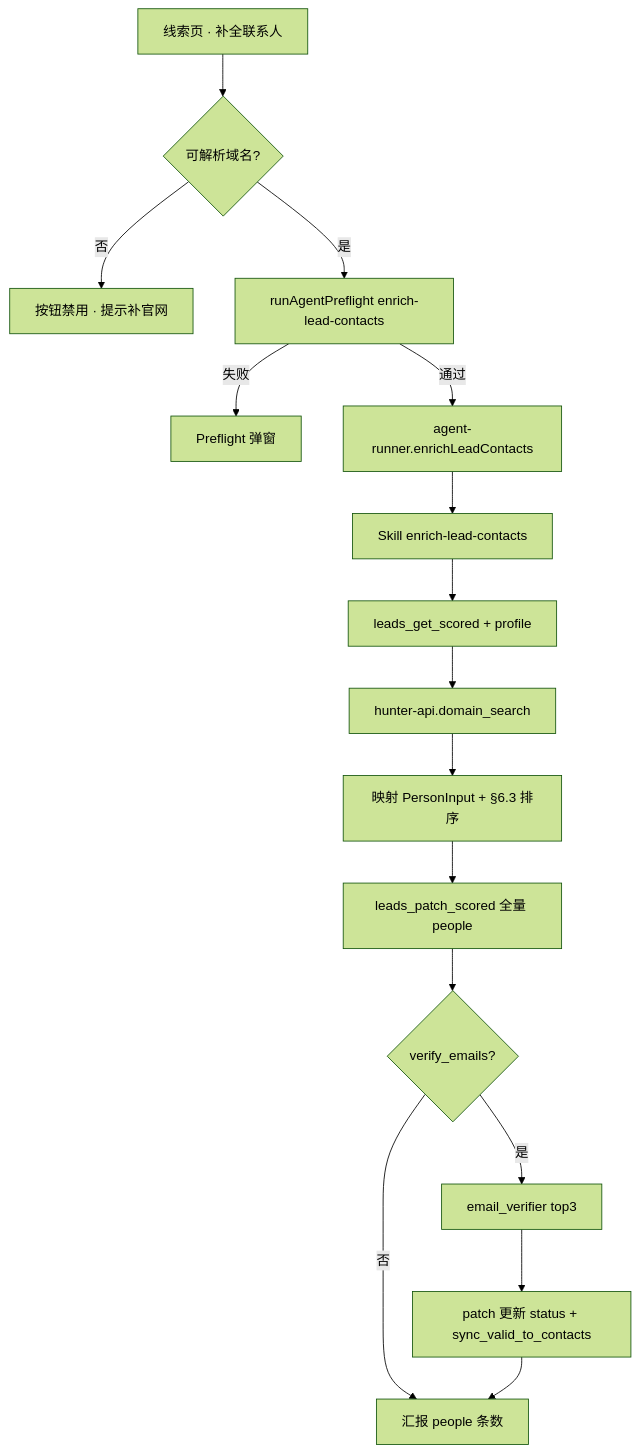
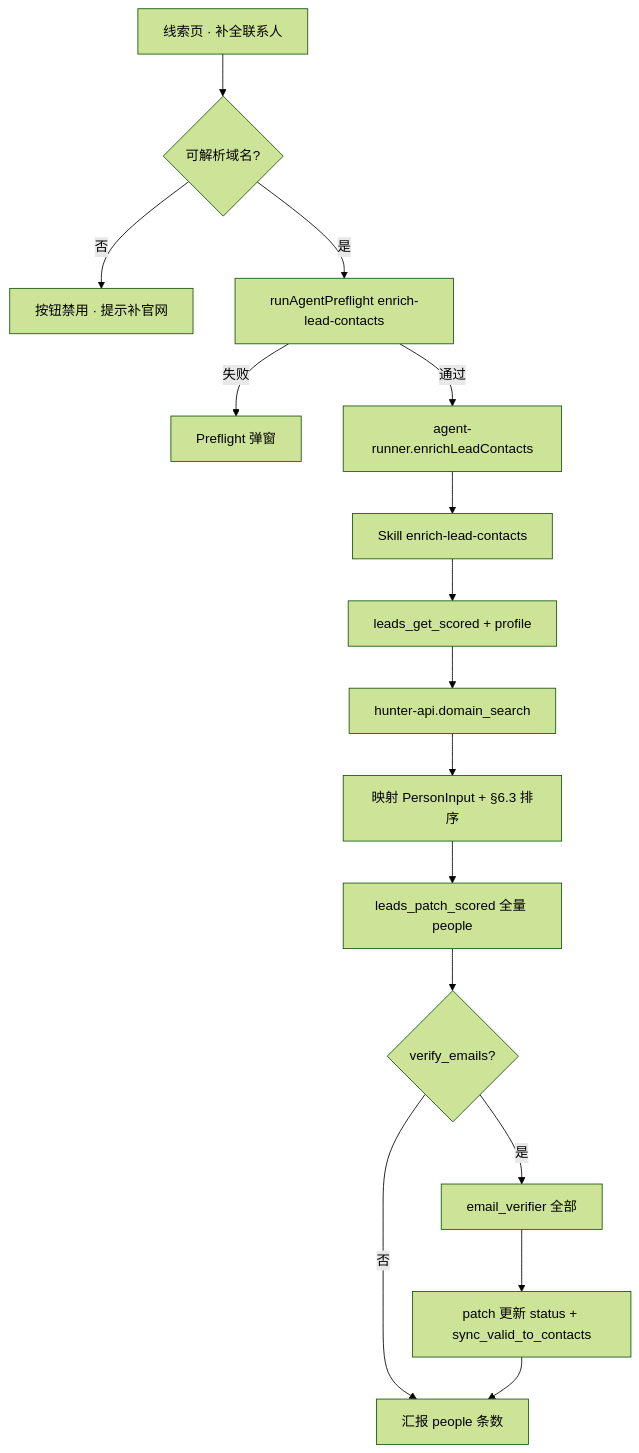
The diagram in docs/design/US-C-03-Skill与桌面.md (Pedro-MAFS/ftcs), drawn with Mermaid (forest theme) before and after one commit. The commit also changed other lines of this file and 36 other files, not shown here.

````diff
--- a/docs/design/US-C-03-Skill与桌面.md
+++ b/docs/design/US-C-03-Skill与桌面.md
@@ -73,18 +73,18 @@
 ```mermaid
 flowchart TB
   UI["线索页 · 补全联系人"] --> DomainOk{可解析域名?}
   DomainOk -->|否| Disable["按钮禁用 · 提示补官网"]
   DomainOk -->|是| PF["runAgentPreflight enrich-lead-contacts"]
   PF -->|失败| Dialog["Preflight 弹窗"]
   PF -->|通过| AR["agent-runner.enrichLeadContacts"]
   AR --> Skill["Skill enrich-lead-contacts"]
   Skill --> Get["leads_get_scored + profile"]
   Get --> DS["hunter-api.domain_search"]
   DS --> Map["映射 PersonInput + §6.3 排序"]
   Map --> Patch1["leads_patch_scored 全量 people"]
   Patch1 --> V{verify_emails?}
   V -->|否| Done["汇报 people 条数"]
-  V -->|是| EV["email_verifier top3"]
+  V -->|是| EV["email_verifier 全部"]
   EV --> Patch2["patch 更新 status + sync_valid_to_contacts"]
   Patch2 --> Done
 ```
````
